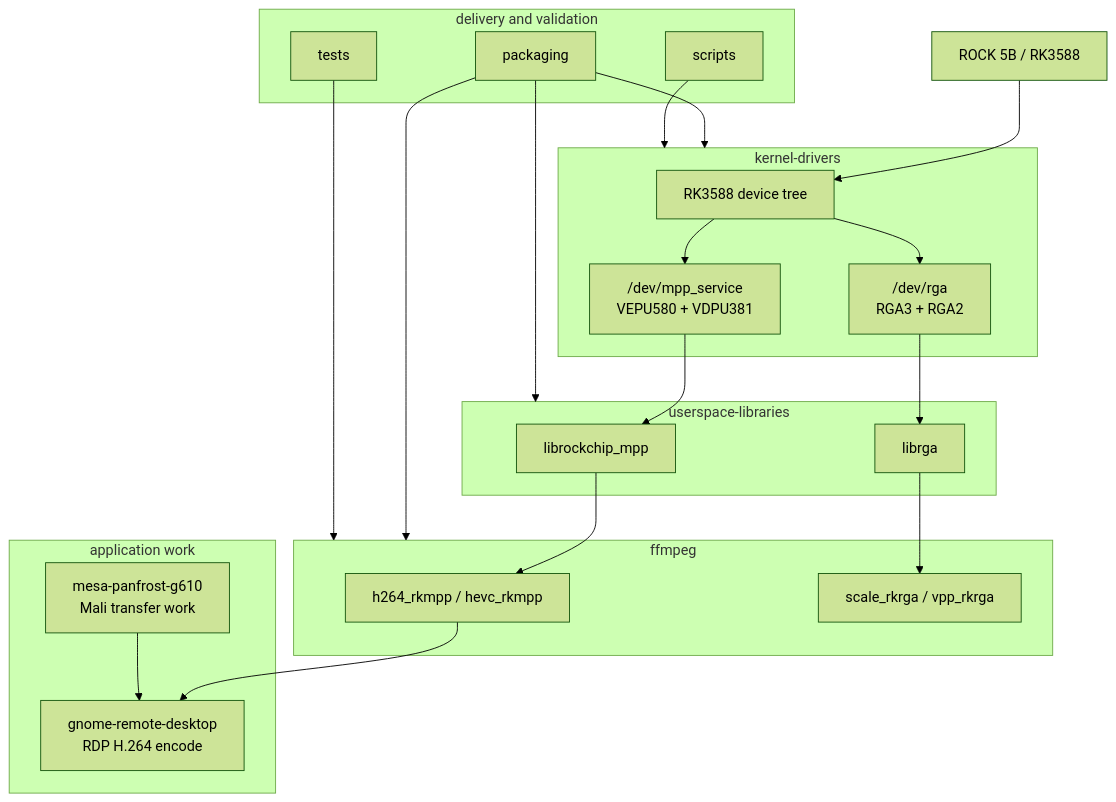
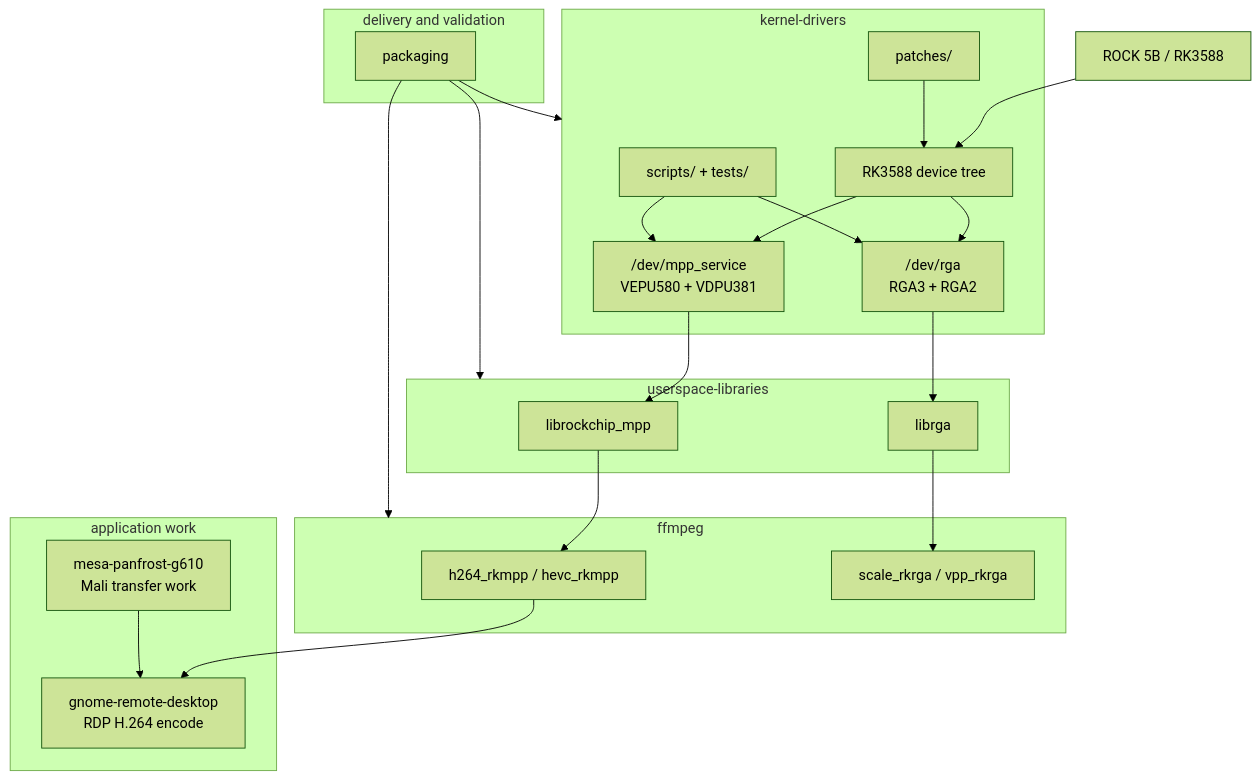
Before and after one commit to yisding/rock-5b-ysp: the diagram in README.md, drawn with Mermaid (forest theme). The commit also changed other lines of this file and 196 other files, not shown here.

````diff
--- a/README.md
+++ b/README.md
@@ -20,43 +20,44 @@
 ```mermaid
 flowchart TB
   board["ROCK 5B / RK3588"]
 
   subgraph kernel["kernel-drivers"]
     dt["RK3588 device tree"]
     mpp["/dev/mpp_service<br/>VEPU580 + VDPU381"]
     rga["/dev/rga<br/>RGA3 + RGA2"]
+    kpatches["patches/"]
+    ktools["scripts/ + tests/"]
   end
 
   subgraph libs["userspace-libraries"]
     libmpp["librockchip_mpp"]
     librga["librga"]
   end
 
   subgraph ffmpeg["ffmpeg"]
     rkcodecs["h264_rkmpp / hevc_rkmpp"]
     rkfilters["scale_rkrga / vpp_rkrga"]
   end
 
   subgraph apps["application work"]
     grd["gnome-remote-desktop<br/>RDP H.264 encode"]
     mesa["mesa-panfrost-g610<br/>Mali transfer work"]
   end
 
   subgraph ops["delivery and validation"]
     packaging["packaging"]
-    scripts["scripts"]
-    tests["tests"]
   end
 
   board --> dt
   dt --> mpp
   dt --> rga
   mpp --> libmpp --> rkcodecs --> grd
   rga --> librga --> rkfilters
   mesa --> grd
   packaging --> kernel
   packaging --> libs
   packaging --> ffmpeg
-  scripts --> kernel
-  tests --> ffmpeg
+  kpatches --> dt
+  ktools --> mpp
+  ktools --> rga
 ```
````
